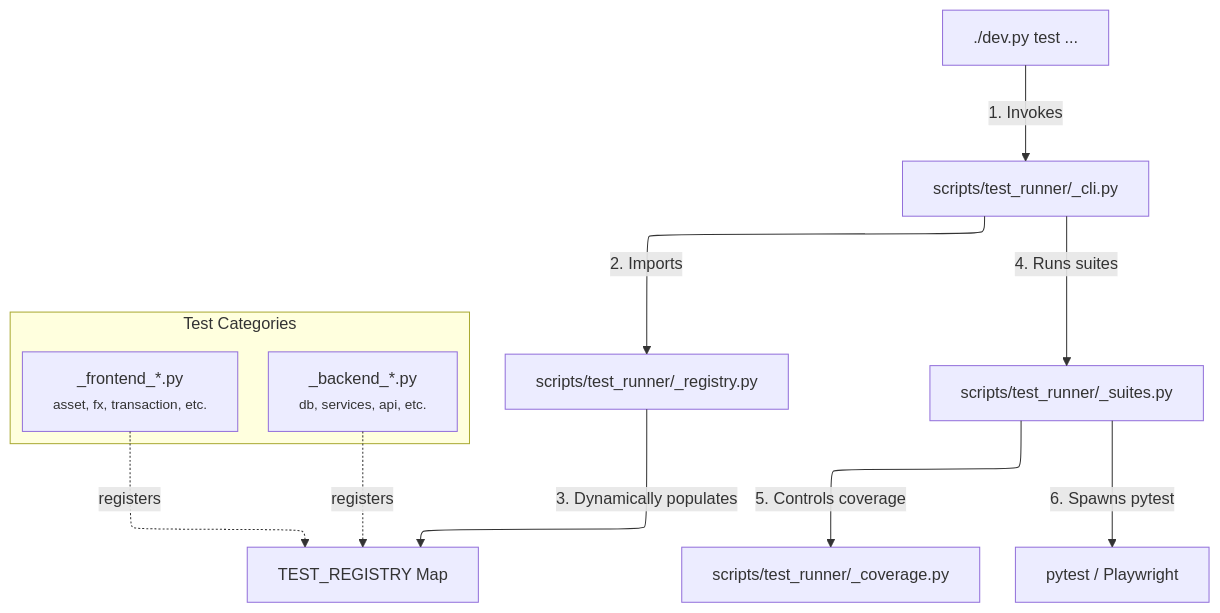
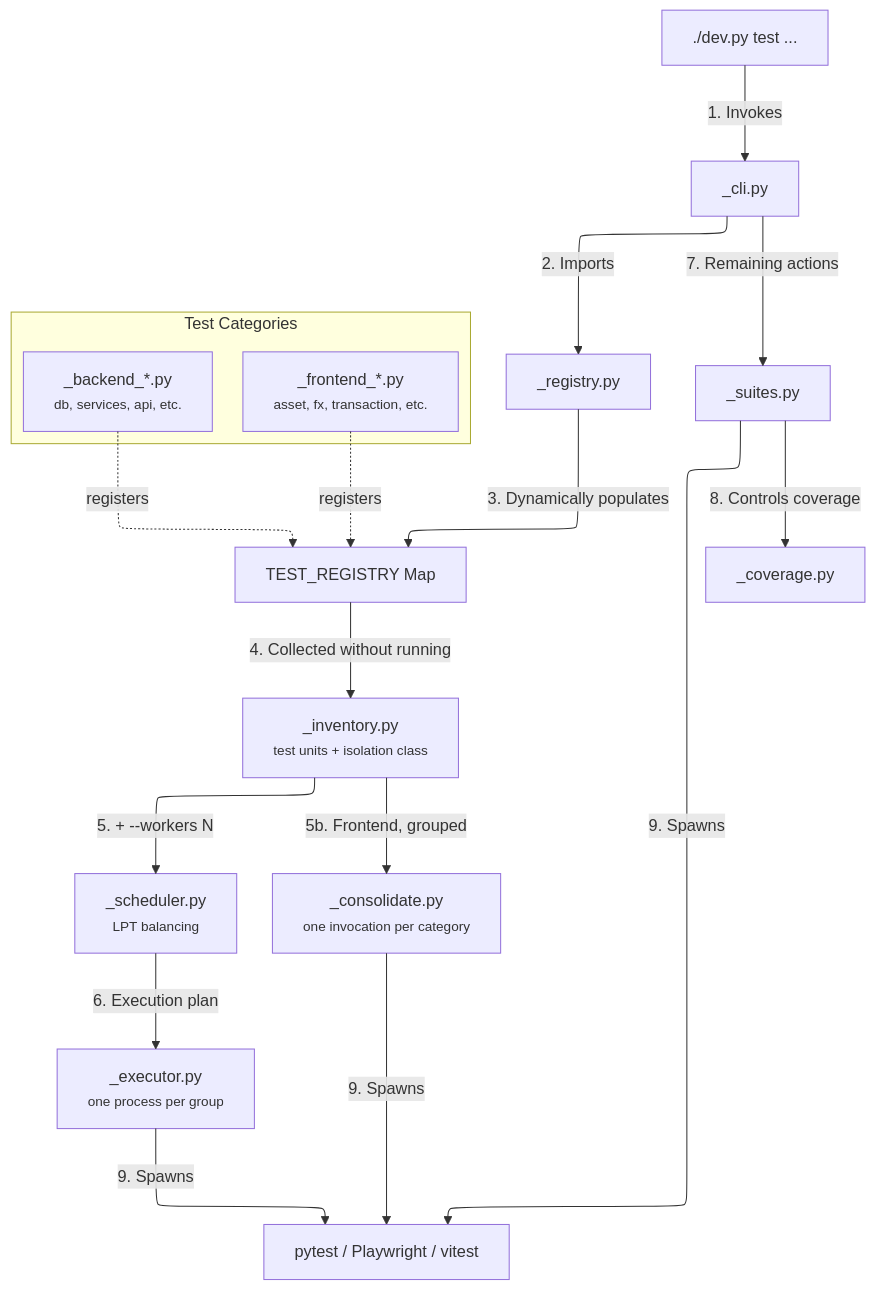
One commit to Alfystar/LibreFolio changed the first of 2 diagrams in mkdocs_src/docs/developer/test-walkthrough/runner_architecture.md. Above: the diagram before and after it, drawn with Mermaid. The commit also changed other lines of this file and 32 other files, not shown here.

First line of the commit message:
perf(test-runner): batch playwright groups under JS coverage

````diff
--- a/mkdocs_src/docs/developer/test-walkthrough/runner_architecture.md
+++ b/mkdocs_src/docs/developer/test-walkthrough/runner_architecture.md
@@ -11,23 +14,29 @@
 ```mermaid
 ---
 config:
   layout: elk
 ---
 graph TD
-    DEV["./dev.py test ..."] -->|1. Invokes| CLI["scripts/test_runner/_cli.py"]
-    CLI -->|2. Imports| REG["scripts/test_runner/_registry.py"]
+    DEV["./dev.py test ..."] -->|1. Invokes| CLI["_cli.py"]
+    CLI -->|2. Imports| REG["_registry.py"]
     REG -->|3. Dynamically populates| TEST_REG["TEST_REGISTRY Map"]
-    
+
     subgraph Test Suite Modules [Test Categories]
         direction LR
         BE["_backend_*.py<br/><small>db, services, api, etc.</small>"]
         FE["_frontend_*.py<br/><small>asset, fx, transaction, etc.</small>"]
     end
-    
+
     BE -.->|registers| TEST_REG
     FE -.->|registers| TEST_REG
-    
-    CLI -->|4. Runs suites| SUITES["scripts/test_runner/_suites.py"]
-    SUITES -->|5. Controls coverage| COV["scripts/test_runner/_coverage.py"]
-    SUITES -->|6. Spawns pytest| PYT["pytest / Playwright"]
+
+    TEST_REG -->|4. Collected without running| INV["_inventory.py<br/><small>test units + isolation class</small>"]
+    INV -->|5. + --workers N| SCHED["_scheduler.py<br/><small>LPT balancing</small>"]
+    INV -->|5b. Frontend, grouped| CONS["_consolidate.py<br/><small>one invocation per category</small>"]
+    SCHED -->|6. Execution plan| EXEC["_executor.py<br/><small>one process per group</small>"]
+    CLI -->|7. Remaining actions| SUITES["_suites.py"]
+    SUITES -->|8. Controls coverage| COV["_coverage.py"]
+    EXEC -->|9. Spawns| PYT["pytest / Playwright / vitest"]
+    CONS -->|9. Spawns| PYT
+    SUITES -->|9. Spawns| PYT
 ```
````
